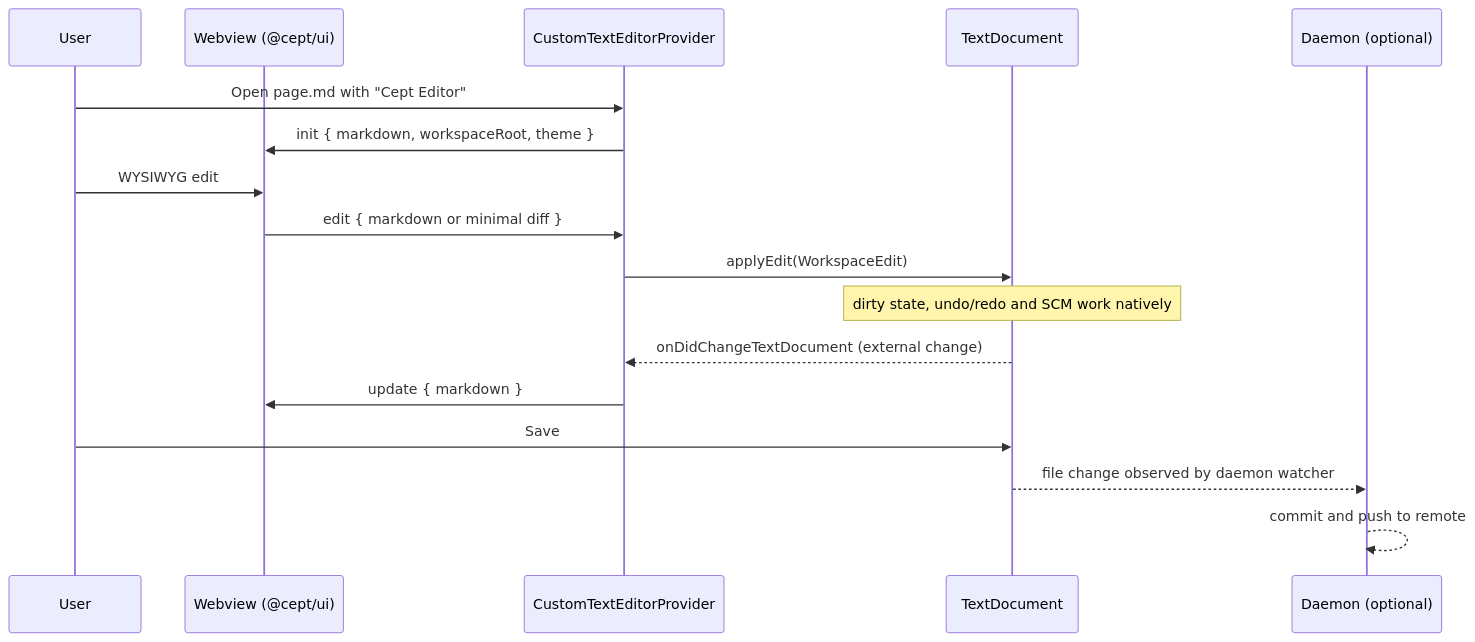
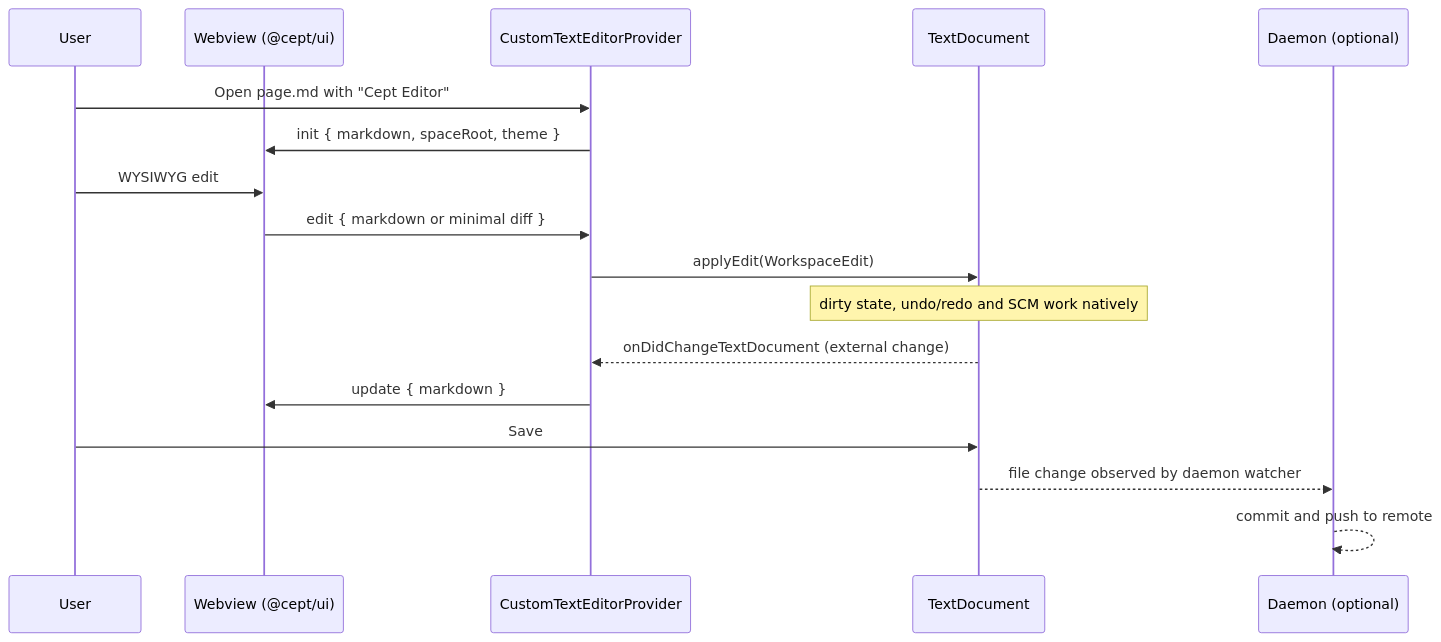
One commit to nsheaps/cept changed the second of 3 diagrams in docs/specs/requirements/06-vscode-extension.md. Above: the diagram before and after it, drawn with Mermaid. The commit also changed other lines of this file and 12 other files, not shown here.

````diff
--- a/docs/specs/requirements/06-vscode-extension.md
+++ b/docs/specs/requirements/06-vscode-extension.md
@@ -112,20 +112,20 @@
 ```mermaid
 sequenceDiagram
   participant U as User
   participant W as Webview (@cept/ui)
   participant P as CustomTextEditorProvider
   participant T as TextDocument
   participant D as Daemon (optional)
 
   U->>P: Open page.md with "Cept Editor"
-  P->>W: init { markdown, workspaceRoot, theme }
+  P->>W: init { markdown, spaceRoot, theme }
   U->>W: WYSIWYG edit
   W->>P: edit { markdown or minimal diff }
   P->>T: applyEdit(WorkspaceEdit)
   Note over T: dirty state, undo/redo and SCM work natively
   T-->>P: onDidChangeTextDocument (external change)
   P->>W: update { markdown }
   U->>T: Save
   T-->>D: file change observed by daemon watcher
   D-->>D: commit and push to remote
 ```
````
